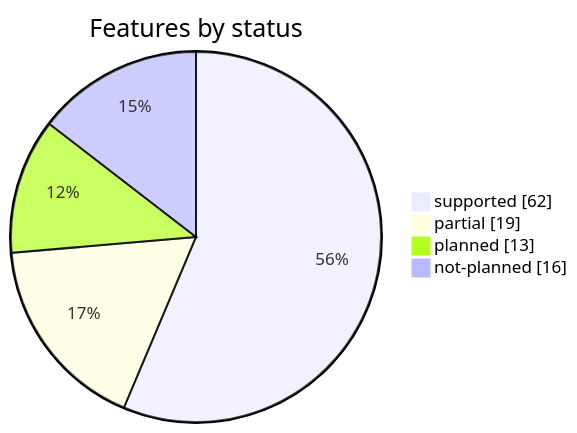
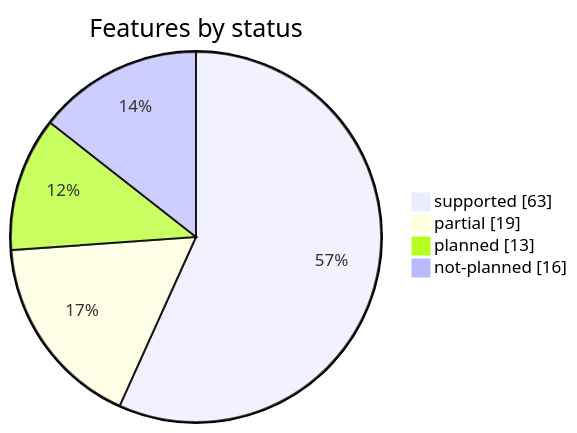
Before and after one commit to rafaelvieiras/tinyfin: the second of 2 diagrams in docs/COVERAGE.md, drawn with Mermaid. The commit also changed other lines of this file and 13 other files, not shown here.

````diff
--- a/docs/COVERAGE.md
+++ b/docs/COVERAGE.md
@@ -45,7 +45,7 @@
 ```mermaid
 pie showData title Features by status
-    "supported" : 62
+    "supported" : 63
     "partial" : 19
     "planned" : 13
     "not-planned" : 16
 ```
````
